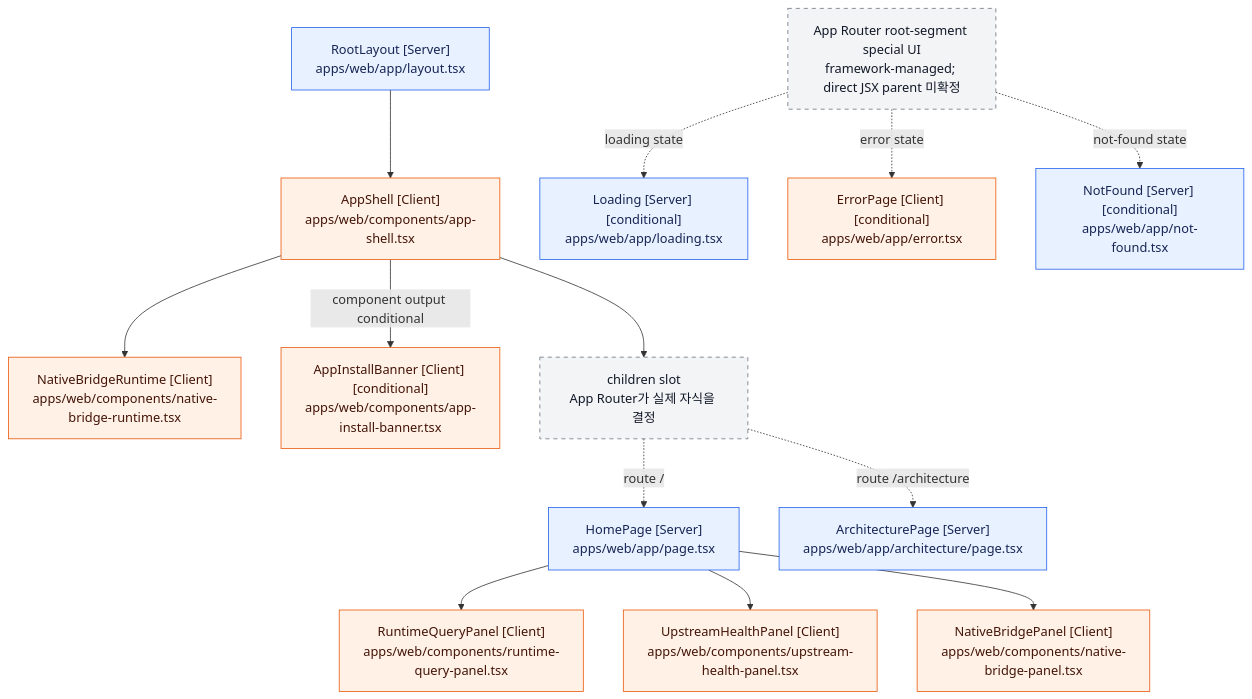
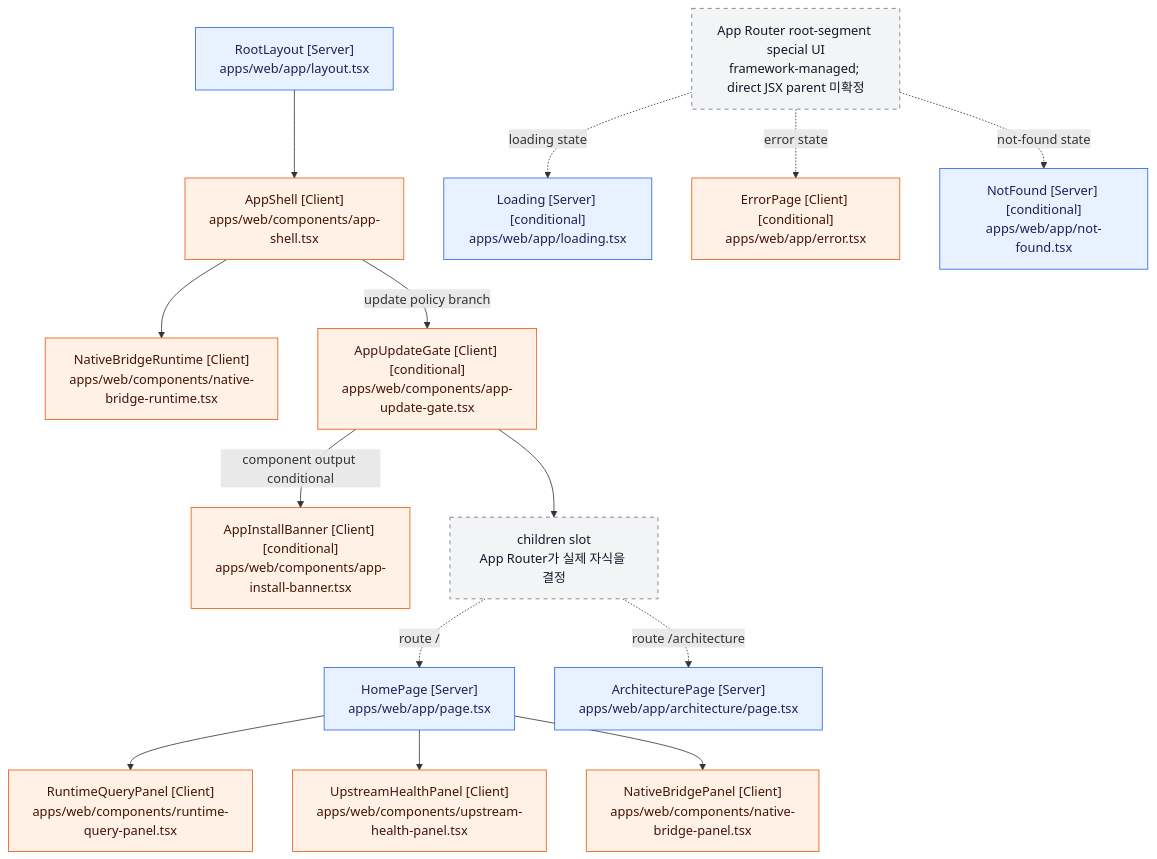
The diagram in docs/architecture/react-component-tree.md (mokpombc17-coder/CIVIC-AI), drawn with Mermaid before and after one commit. The commit also changed other lines of this file and 11 other files, not shown here.

Commit message:
feat(mobile): add required app update gate

````diff
--- a/docs/architecture/react-component-tree.md
+++ b/docs/architecture/react-component-tree.md
@@ -73,44 +77,46 @@
 ```mermaid
 flowchart TD
     RootLayout["RootLayout [Server]<br/>apps/web/app/layout.tsx"]
     AppShell["AppShell [Client]<br/>apps/web/components/app-shell.tsx"]
     NativeBridgeRuntime["NativeBridgeRuntime [Client]<br/>apps/web/components/native-bridge-runtime.tsx"]
+    AppUpdateGate["AppUpdateGate [Client] [conditional]<br/>apps/web/components/app-update-gate.tsx"]
     AppInstallBanner["AppInstallBanner [Client] [conditional]<br/>apps/web/components/app-install-banner.tsx"]
     ChildrenSlot["children slot<br/>App Router가 실제 자식을 결정"]
 
     HomePage["HomePage [Server]<br/>apps/web/app/page.tsx"]
     RuntimeQueryPanel["RuntimeQueryPanel [Client]<br/>apps/web/components/runtime-query-panel.tsx"]
     UpstreamHealthPanel["UpstreamHealthPanel [Client]<br/>apps/web/components/upstream-health-panel.tsx"]
     NativeBridgePanel["NativeBridgePanel [Client]<br/>apps/web/components/native-bridge-panel.tsx"]
 
     ArchitecturePage["ArchitecturePage [Server]<br/>apps/web/app/architecture/page.tsx"]
 
     SpecialBoundary["App Router root-segment special UI<br/>framework-managed; direct JSX parent 미확정"]
     Loading["Loading [Server] [conditional]<br/>apps/web/app/loading.tsx"]
     ErrorPage["ErrorPage [Client] [conditional]<br/>apps/web/app/error.tsx"]
     NotFound["NotFound [Server] [conditional]<br/>apps/web/app/not-found.tsx"]
 
     RootLayout --> AppShell
     AppShell --> NativeBridgeRuntime
-    AppShell -->|"component output conditional"| AppInstallBanner
-    AppShell --> ChildrenSlot
+    AppShell -->|"update policy branch"| AppUpdateGate
+    AppUpdateGate -->|"component output conditional"| AppInstallBanner
+    AppUpdateGate --> ChildrenSlot
 
     ChildrenSlot -. "route /" .-> HomePage
     HomePage --> RuntimeQueryPanel
     HomePage --> UpstreamHealthPanel
     HomePage --> NativeBridgePanel
 
     ChildrenSlot -. "route /architecture" .-> ArchitecturePage
 
     SpecialBoundary -. "loading state" .-> Loading
     SpecialBoundary -. "error state" .-> ErrorPage
     SpecialBoundary -. "not-found state" .-> NotFound
 
     classDef server fill:#e8f1ff,stroke:#2563eb,color:#172554;
     classDef client fill:#fff1e6,stroke:#ea580c,color:#431407;
     classDef framework fill:#f3f4f6,stroke:#6b7280,color:#111827,stroke-dasharray:5 5;
 
     class RootLayout,HomePage,ArchitecturePage,Loading,NotFound server;
-    class AppShell,NativeBridgeRuntime,AppInstallBanner,RuntimeQueryPanel,UpstreamHealthPanel,NativeBridgePanel,ErrorPage client;
+    class AppShell,NativeBridgeRuntime,AppUpdateGate,AppInstallBanner,RuntimeQueryPanel,UpstreamHealthPanel,NativeBridgePanel,ErrorPage client;
     class ChildrenSlot,SpecialBoundary framework;
 ```
````
